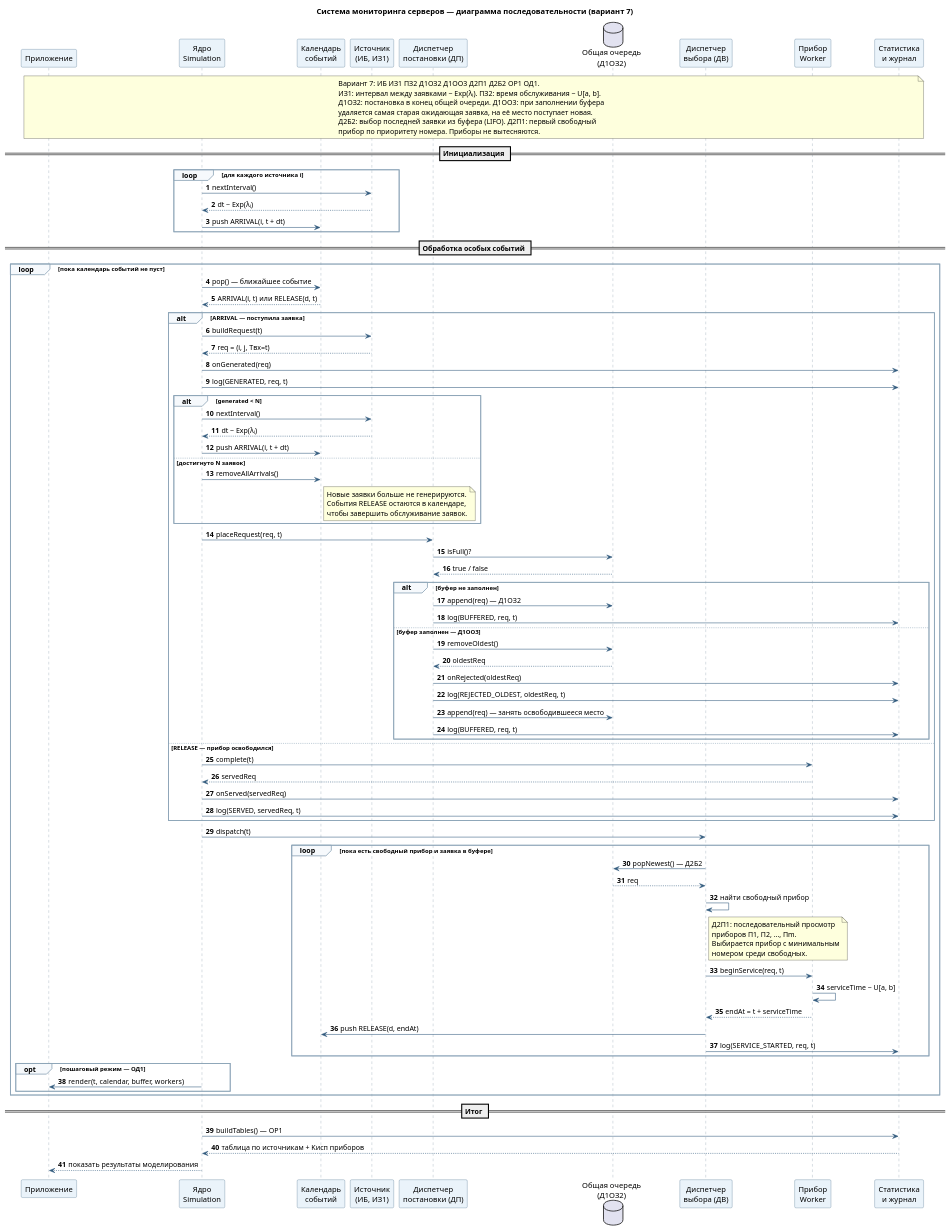
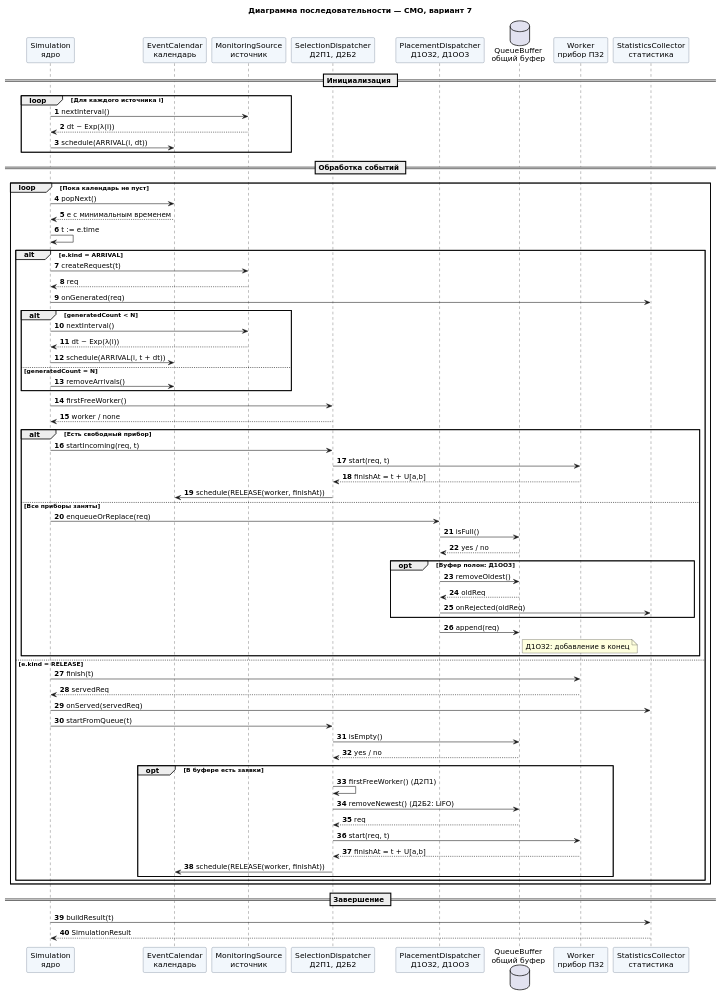
One commit to Svyatoslav2324/arh_ps changed the diagram in sequence/sequence_monitoring_v7.puml. Above: the diagram before and after it, drawn with PlantUML. The commit also changed 8 other files, not shown here.

Commit message:
new diagrams

```diff
--- a/sequence/sequence_monitoring_v7.puml
+++ b/sequence/sequence_monitoring_v7.puml
@@ -1,117 +1,86 @@
-@startuml sequence_monitoring_v7
-title Система мониторинга серверов — диаграмма последовательности (вариант 7)
+@startuml
+' Взаимодействие компонентов. Вариант 7.
+skinparam shadowing false
+skinparam defaultFontName DejaVu Sans
+skinparam sequenceArrowThickness 1
+skinparam sequenceParticipantBackgroundColor #F2F7FC
+skinparam sequenceParticipantBorderColor #445870
+title Диаграмма последовательности — СМО, вариант 7
 autonumber
-skinparam shadowing false
-skinparam defaultFontName Arial
-skinparam sequence {
-  ArrowColor #315A7D
-  LifeLineBorderColor #71889A
-  LifeLineBackgroundColor #F8FBFF
-  ParticipantBorderColor #315A7D
-  ParticipantBackgroundColor #EAF3FA
-  ActorBorderColor #315A7D
-  ActorBackgroundColor #EAF3FA
-  GroupBorderColor #8CA4B7
-  GroupBackgroundColor #F6F9FC
-}
 
-participant "Приложение" as UI
-participant "Ядро\nSimulation" as Core
-participant "Календарь\nсобытий" as Cal
-participant "Источник\n(ИБ, ИЗ1)" as Src
-participant "Диспетчер\nпостановки (ДП)" as DP
-database "Общая очередь\n(Д1ОЗ2)" as Buf
-participant "Диспетчер\nвыбора (ДВ)" as DV
-participant "Прибор\nWorker" as Dev
-participant "Статистика\nи журнал" as St
-
-note over UI, St
-Вариант 7: ИБ ИЗ1 ПЗ2 Д1ОЗ2 Д1ОО3 Д2П1 Д2Б2 ОР1 ОД1.
-ИЗ1: интервал между заявками ~ Exp(λᵢ). ПЗ2: время обслуживания ~ U[a, b].
-Д1ОЗ2: постановка в конец общей очереди. Д1ОО3: при заполнении буфера
-удаляется самая старая ожидающая заявка, на её место поступает новая.
-Д2Б2: выбор последней заявки из буфера (LIFO). Д2П1: первый свободный
-прибор по приоритету номера. Приборы не вытесняются.
-end note
+participant "Simulation\nядро" as S
+participant "EventCalendar\nкалендарь" as C
+participant "MonitoringSource\nисточник" as Src
+participant "SelectionDispatcher\nД2П1, Д2Б2" as Sel
+participant "PlacementDispatcher\nД1ОЗ2, Д1ОО3" as Pl
+database "QueueBuffer\nобщий буфер" as Buf
+participant "Worker\nприбор ПЗ2" as W
+participant "StatisticsCollector\nстатистика" as Stat
 
 == Инициализация ==
-loop для каждого источника i
-  Core -> Src : nextInterval()
-  Src --> Core : dt ~ Exp(λᵢ)
-  Core -> Cal : push ARRIVAL(i, t + dt)
+loop Для каждого источника i
+    S -> Src : nextInterval()
+    Src --> S : dt ~ Exp(λ(i))
+    S -> C : schedule(ARRIVAL(i, dt))
 end
 
-== Обработка особых событий ==
-loop пока календарь событий не пуст
-  Core -> Cal : pop() — ближайшее событие
-  Cal --> Core : ARRIVAL(i, t) или RELEASE(d, t)
+== Обработка событий ==
+loop Пока календарь не пуст
+    S -> C : popNext()
+    C --> S : e с минимальным временем
+    S -> S : t := e.time
 
-  alt ARRIVAL — поступила заявка
-    Core -> Src : buildRequest(t)
-    Src --> Core : req = (i, j, Tвх=t)
-    Core -> St : onGenerated(req)
-    Core -> St : log(GENERATED, req, t)
+    alt e.kind = ARRIVAL
+        S -> Src : createRequest(t)
+        Src --> S : req
+        S -> Stat : onGenerated(req)
+        alt generatedCount < N
+            S -> Src : nextInterval()
+            Src --> S : dt ~ Exp(λ(i))
+            S -> C : schedule(ARRIVAL(i, t + dt))
+        else generatedCount = N
+            S -> C : removeArrivals()
+        end
 
-    alt generated < N
-      Core -> Src : nextInterval()
-      Src --> Core : dt ~ Exp(λᵢ)
-      Core -> Cal : push ARRIVAL(i, t + dt)
-    else достигнуто N заявок
-      Core -> Cal : removeAllArrivals()
-      note right of Cal
-        Новые заявки больше не генерируются.
-        События RELEASE остаются в календаре,
-        чтобы завершить обслуживание заявок.
-      end note
+        S -> Sel : firstFreeWorker()
+        Sel --> S : worker / none
+        alt Есть свободный прибор
+            S -> Sel : startIncoming(req, t)
+            Sel -> W : start(req, t)
+            W --> Sel : finishAt = t + U[a,b]
+            Sel -> C : schedule(RELEASE(worker, finishAt))
+        else Все приборы заняты
+            S -> Pl : enqueueOrReplace(req)
+            Pl -> Buf : isFull()
+            Buf --> Pl : yes / no
+            opt Буфер полон: Д1ОО3
+                Pl -> Buf : removeOldest()
+                Buf --> Pl : oldReq
+                Pl -> Stat : onRejected(oldReq)
+            end
+            Pl -> Buf : append(req)
+            note right of Buf : Д1ОЗ2: добавление в конец
+        end
+
+    else e.kind = RELEASE
+        S -> W : finish(t)
+        W --> S : servedReq
+        S -> Stat : onServed(servedReq)
+        S -> Sel : startFromQueue(t)
+        Sel -> Buf : isEmpty()
+        Buf --> Sel : yes / no
+        opt В буфере есть заявки
+            Sel -> Sel : firstFreeWorker() (Д2П1)
+            Sel -> Buf : removeNewest() (Д2Б2: LIFO)
+            Buf --> Sel : req
+            Sel -> W : start(req, t)
+            W --> Sel : finishAt = t + U[a,b]
+            Sel -> C : schedule(RELEASE(worker, finishAt))
+        end
     end
-
-    Core -> DP : placeRequest(req, t)
-    DP -> Buf : isFull()?
-    Buf --> DP : true / false
-    alt буфер не заполнен
-      DP -> Buf : append(req) — Д1ОЗ2
-      DP -> St : log(BUFFERED, req, t)
-    else буфер заполнен — Д1ОО3
-      DP -> Buf : removeOldest()
-      Buf --> DP : oldestReq
-      DP -> St : onRejected(oldestReq)
-      DP -> St : log(REJECTED_OLDEST, oldestReq, t)
-      DP -> Buf : append(req) — занять освободившееся место
-      DP -> St : log(BUFFERED, req, t)
-    end
-
-  else RELEASE — прибор освободился
-    Core -> Dev : complete(t)
-    Dev --> Core : servedReq
-    Core -> St : onServed(servedReq)
-    Core -> St : log(SERVED, servedReq, t)
-  end
-
-  Core -> DV : dispatch(t)
-  loop пока есть свободный прибор и заявка в буфере
-    DV -> Buf : popNewest() — Д2Б2
-    Buf --> DV : req
-    DV -> DV : найти свободный прибор
-    note right of DV
-      Д2П1: последовательный просмотр
-      приборов П1, П2, …, Пm.
-      Выбирается прибор с минимальным
-      номером среди свободных.
-    end note
-    DV -> Dev : beginService(req, t)
-    Dev -> Dev : serviceTime ~ U[a, b]
-    Dev --> DV : endAt = t + serviceTime
-    DV -> Cal : push RELEASE(d, endAt)
-    DV -> St : log(SERVICE_STARTED, req, t)
-  end
-
-  opt пошаговый режим — ОД1
-    Core -> UI : render(t, calendar, buffer, workers)
-  end
 end
 
-== Итог ==
-Core -> St : buildTables() — ОР1
-St --> Core : таблица по источникам + Kисп приборов
-Core --> UI : показать результаты моделирования
+== Завершение ==
+S -> Stat : buildResult(t)
+Stat --> S : SimulationResult
 @enduml
```
